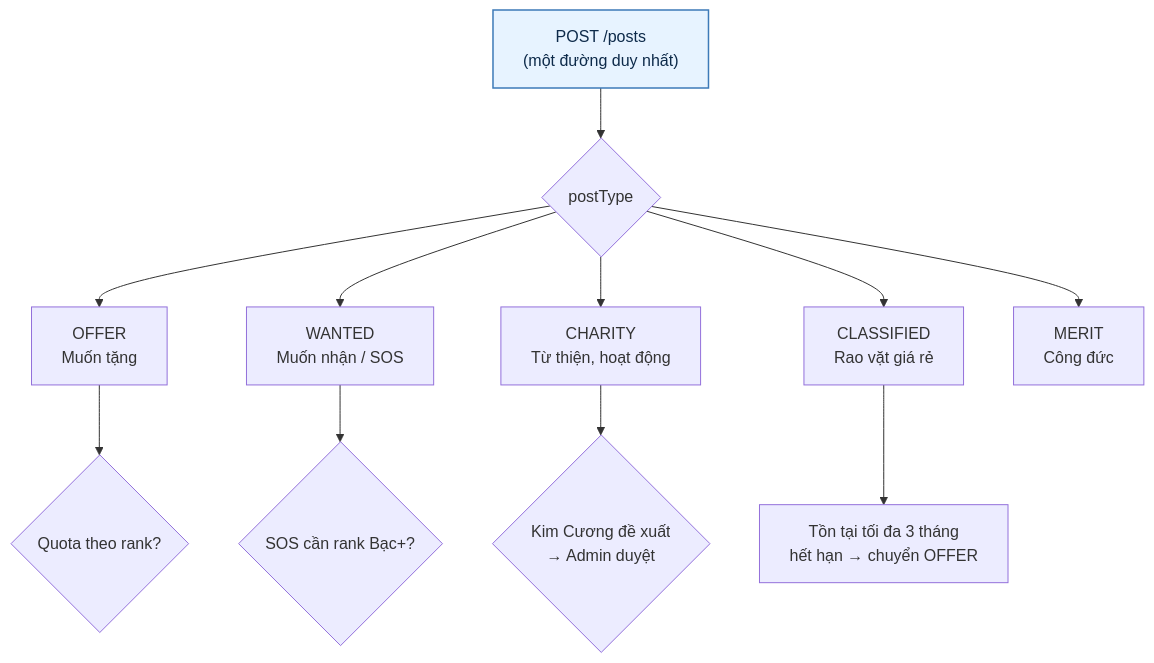
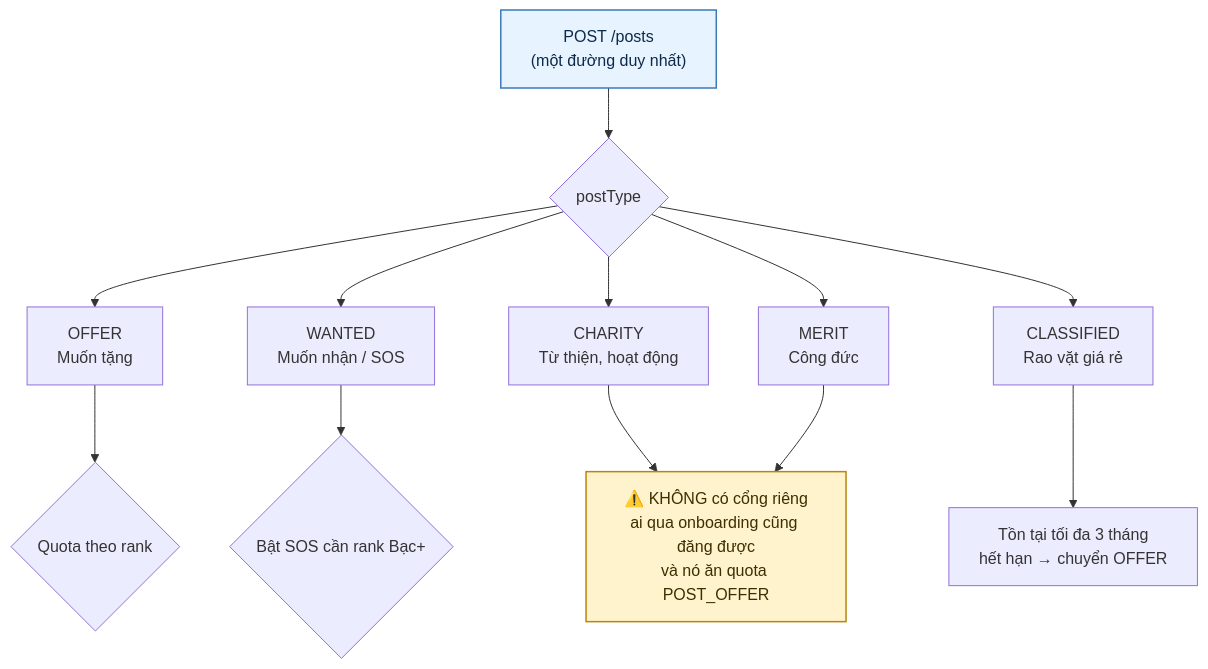
The first of 7 diagrams in docs/diagram/04-post.md (fdshn/trueheart), drawn with Mermaid before and after one commit. The commit also changed other lines of this file and 13 other files, not shown here.

````diff
--- a/docs/diagram/04-post.md
+++ b/docs/diagram/04-post.md
@@ -7,16 +7,18 @@
 ```mermaid
 flowchart TD
     P["POST /posts<br/>(một đường duy nhất)"] --> T{postType}
     T --> O["OFFER<br/>Muốn tặng"]
     T --> W["WANTED<br/>Muốn nhận / SOS"]
     T --> C["CHARITY<br/>Từ thiện, hoạt động"]
     T --> L["CLASSIFIED<br/>Rao vặt giá rẻ"]
     T --> M["MERIT<br/>Công đức"]
 
-    O --> Q{Quota theo rank?}
-    W --> S{SOS cần rank Bạc+?}
-    C --> A{Kim Cương đề xuất<br/>→ Admin duyệt}
+    O --> Q{Quota theo rank}
+    W --> S{Bật SOS cần rank Bạc+}
+    C --> A["⚠️ KHÔNG có cổng riêng<br/>ai qua onboarding cũng đăng được<br/>và nó ăn quota POST_OFFER"]
     L --> E[Tồn tại tối đa 3 tháng<br/>hết hạn → chuyển OFFER]
+    M --> A
 
     style P fill:#e7f3ff,stroke:#3d7ab8,stroke-width:1.5px,color:#0d2a4a
+    style A fill:#fff3cd,stroke:#b8860b,stroke-width:1.5px,color:#3d2f00
 ```
````
